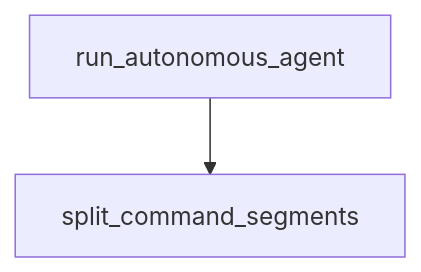
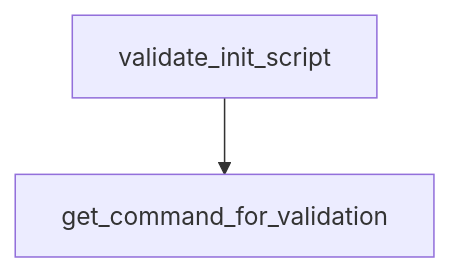
The diagram in tutorials/claude-quickstarts-tutorial/03-data-processing-analysis.md (johnxie/awesome-code-docs), drawn with Mermaid before and after one commit. The commit also changed other lines of this file and 1232 other files, not shown here.

````diff
--- a/tutorials/claude-quickstarts-tutorial/03-data-processing-analysis.md
+++ b/tutorials/claude-quickstarts-tutorial/03-data-processing-analysis.md
@@ -180,6 +178,6 @@
 ```mermaid
 flowchart TD
-    A[run_autonomous_agent]
-    B[split_command_segments]
+    A[validate_init_script]
+    B[get_command_for_validation]
     A --> B
 ```
````
